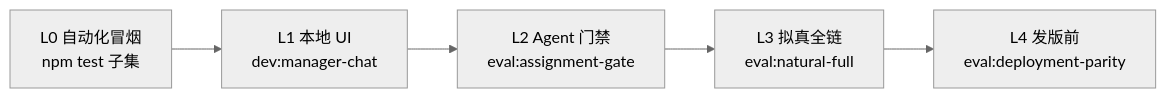
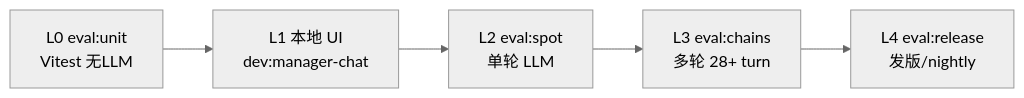
The diagram in docs/local-test-environment.md (LeoHimself10/manage_robot), drawn with Mermaid (neutral theme) before and after one commit. The commit also changed other lines of this file and 60 other files, not shown here.

First line of the commit message:
feat(eval): online LLM judge, eval v3 matrix, and admin+manager dual role

````diff
--- a/docs/local-test-environment.md
+++ b/docs/local-test-environment.md
@@ -92,7 +92,7 @@
 ```mermaid
 flowchart LR
-  L0[L0 自动化冒烟<br/>npm test 子集] --> L1[L1 本地 UI<br/>dev:manager-chat]
-  L1 --> L2[L2 Agent 门禁<br/>eval:assignment-gate]
-  L2 --> L3[L3 拟真全链<br/>eval:natural-full]
-  L3 --> L4[L4 发版前<br/>eval:deployment-parity]
+  L0[L0 eval:unit<br/>Vitest 无LLM] --> L1[L1 本地 UI<br/>dev:manager-chat]
+  L1 --> L2[L2 eval:spot<br/>单轮 LLM]
+  L2 --> L3[L3 eval:chains<br/>多轮 28+ turn]
+  L3 --> L4[L4 eval:release<br/>发版/nightly]
 ```
````
